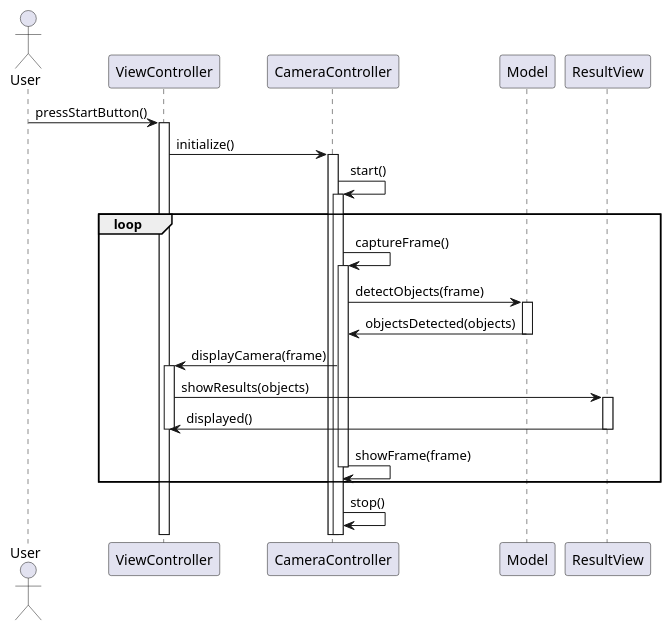
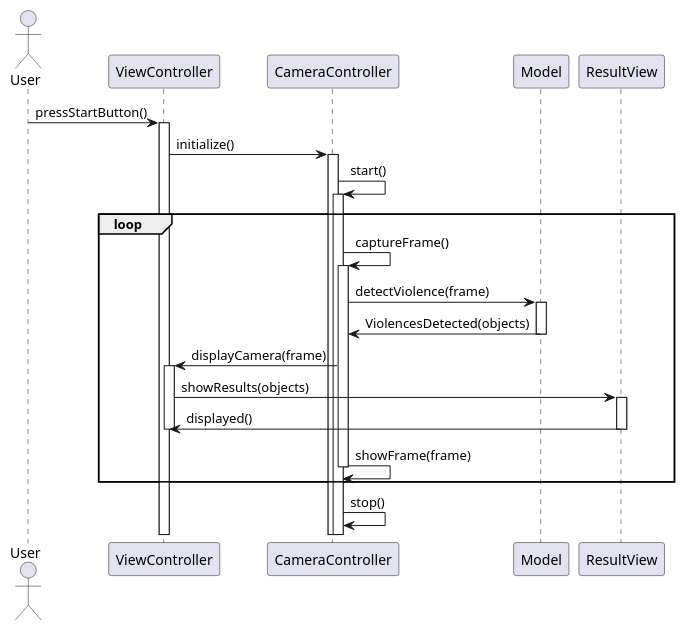
The diagram in docs/activity_diagram.puml (Google-Developer-Student-Club-HUMG/classguard), drawn with PlantUML before and after one commit.

```diff
--- a/docs/activity_diagram.puml
+++ b/docs/activity_diagram.puml
@@ -1,28 +1,28 @@
-@startuml Sơ đồ tuần tự
+@startuml Sequence Diagram
 actor User
 
 User -> ViewController: pressStartButton()
 activate ViewController
 ViewController -> CameraController: initialize()
 activate CameraController
 CameraController -> CameraController: start()
 activate CameraController
 loop
     CameraController -> CameraController: captureFrame()
     activate CameraController
-    CameraController -> Model: detectObjects(frame)
+    CameraController -> Model: detectViolence(frame)
     activate Model
-    Model -> CameraController: objectsDetected(objects)
+    Model -> CameraController: ViolencesDetected(objects)
     deactivate Model
     CameraController -> ViewController: displayCamera(frame)
     activate ViewController
     ViewController -> ResultView: showResults(objects)
     activate ResultView
     ResultView -> ViewController: displayed()
     deactivate ResultView
     deactivate ViewController
     CameraController -> CameraController: showFrame(frame)
     deactivate CameraController
 end
 CameraController -> CameraController: stop()
 @enduml
```
